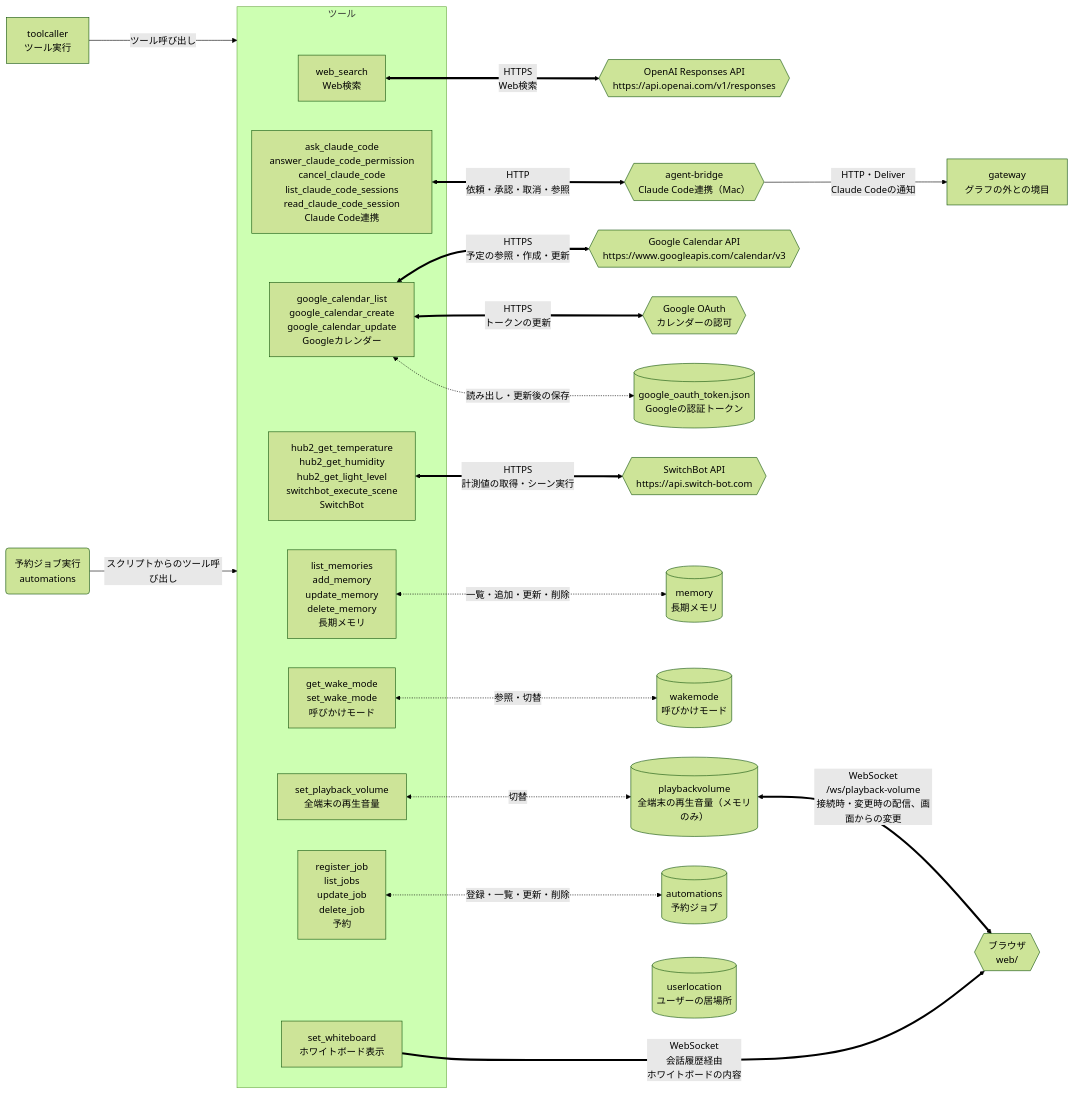
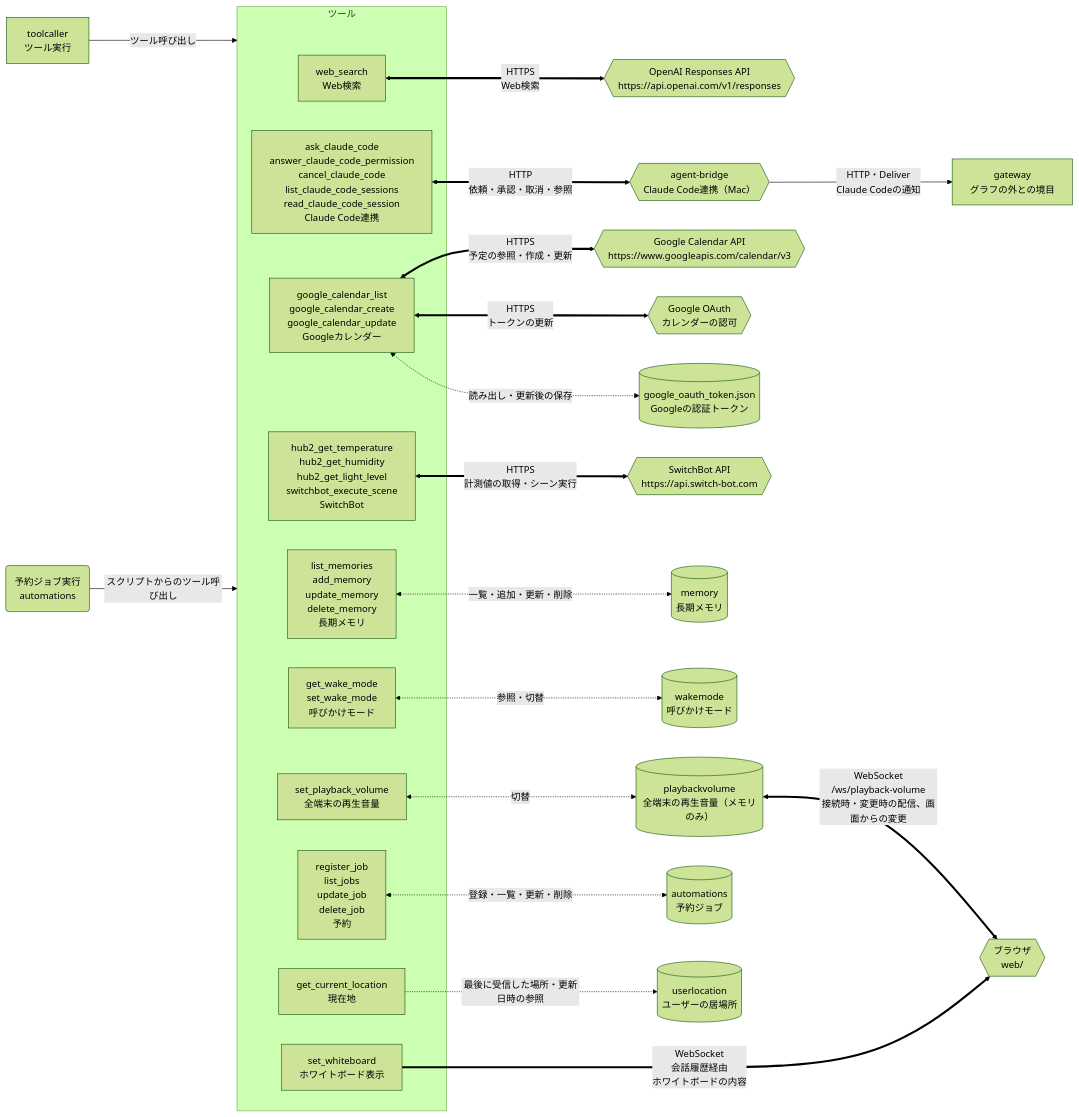
Before and after one commit to tetetratra/smart-speaker: the third of 3 diagrams in README.md, drawn with Mermaid (forest theme).

Commit message:
READMEのツールの図に、現在地を取得する get_current_location を足す

````diff
--- a/README.md
+++ b/README.md
@@ -158,51 +158,51 @@
 ```mermaid
 flowchart LR
     tool["toolcaller<br/>ツール実行"]
     scheduler("予約ジョブ実行<br/>automations")
     gateway["gateway<br/>グラフの外との境目"]
 
     subgraph toolset["ツール"]
         webSearchTool["web_search<br/>Web検索"]
         claudeCodeTool["ask_claude_code<br/>answer_claude_code_permission<br/>cancel_claude_code<br/>list_claude_code_sessions<br/>read_claude_code_session<br/>Claude Code連携"]
         calendarTool["google_calendar_list<br/>google_calendar_create<br/>google_calendar_update<br/>Googleカレンダー"]
         switchBotTool["hub2_get_temperature<br/>hub2_get_humidity<br/>hub2_get_light_level<br/>switchbot_execute_scene<br/>SwitchBot"]
         memoryTool["list_memories<br/>add_memory<br/>update_memory<br/>delete_memory<br/>長期メモリ"]
         wakeModeTool["get_wake_mode<br/>set_wake_mode<br/>呼びかけモード"]
         volumeTool["set_playback_volume<br/>全端末の再生音量"]
         automationTool["register_job<br/>list_jobs<br/>update_job<br/>delete_job<br/>予約"]
         whiteboardTool["set_whiteboard<br/>ホワイトボード表示"]
+        locationTool["get_current_location<br/>現在地"]
     end
 
 
     openaiResponses{{"OpenAI Responses API<br/>https://api.openai.com/v1/responses"}}
     agentBridge{{"agent-bridge<br/>Claude Code連携（Mac）"}}
     googleCalendar{{"Google Calendar API<br/>https://www.googleapis.com/calendar/v3"}}
     googleOAuth{{"Google OAuth<br/>カレンダーの認可"}}
     googleTokenStore[("google_oauth_token.json<br/>Googleの認証トークン")]
     switchBot{{"SwitchBot API<br/>https://api.switch-bot.com"}}
     memoryStore[("memory<br/>長期メモリ")]
     wakeModeStore[("wakemode<br/>呼びかけモード")]
     volumeStore[("playbackvolume<br/>全端末の再生音量（メモリのみ）")]
     automationStore[("automations<br/>予約ジョブ")]
     locationStore[("userlocation<br/>ユーザーの居場所")]
     browser{{"ブラウザ<br/>web/"}}
 
     tool -->|"ツール呼び出し"| toolset
     scheduler -->|"スクリプトからのツール呼び出し"| toolset
 
     webSearchTool <==>|"HTTPS<br/>Web検索"| openaiResponses
     claudeCodeTool <==>|"HTTP<br/>依頼・承認・取消・参照"| agentBridge
     agentBridge -->|"HTTP・Deliver<br/>Claude Codeの通知"| gateway
     calendarTool <==>|"HTTPS<br/>予定の参照・作成・更新"| googleCalendar
     calendarTool <-.->|"読み出し・更新後の保存"| googleTokenStore
     calendarTool <==>|"HTTPS<br/>トークンの更新"| googleOAuth
     switchBotTool <==>|"HTTPS<br/>計測値の取得・シーン実行"| switchBot
     memoryTool <-.->|"一覧・追加・更新・削除"| memoryStore
     wakeModeTool <-.->|"参照・切替"| wakeModeStore
     volumeTool <-.->|"切替"| volumeStore
     volumeStore <==>|"WebSocket<br/>/ws/playback-volume<br/>接続時・変更時の配信、画面からの変更"| browser
     automationTool <-.->|"登録・一覧・更新・削除"| automationStore
-    %% 居場所はツールにする予定で、まだどこからも使われていない。位置だけをそろえる見えない線。
-    whiteboardTool ~~~ locationStore
+    locationTool -.->|"最後に受信した場所・更新日時の参照"| locationStore
     whiteboardTool ==>|"WebSocket<br/>会話履歴経由<br/>ホワイトボードの内容"| browser
 ```
````
